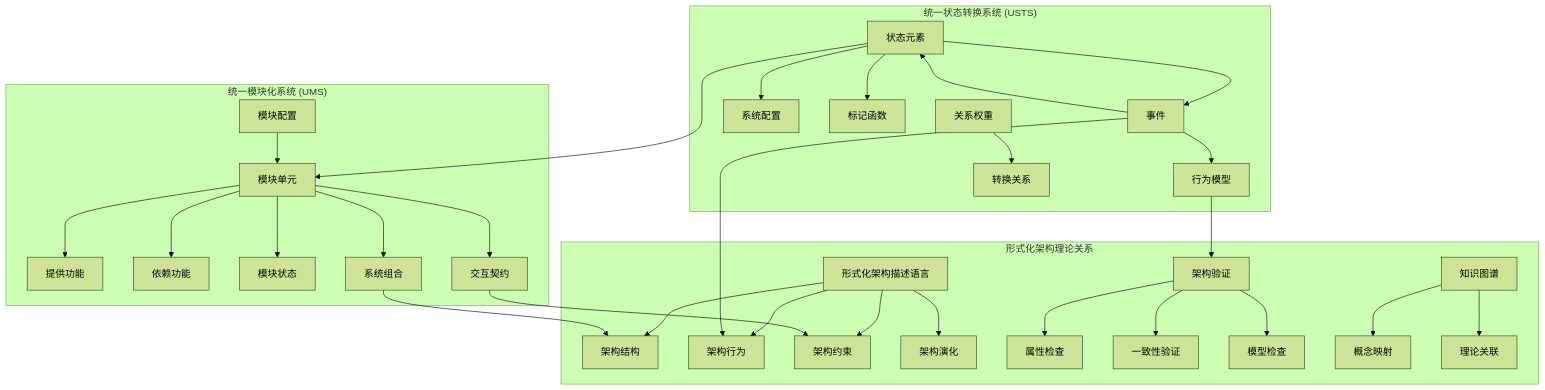
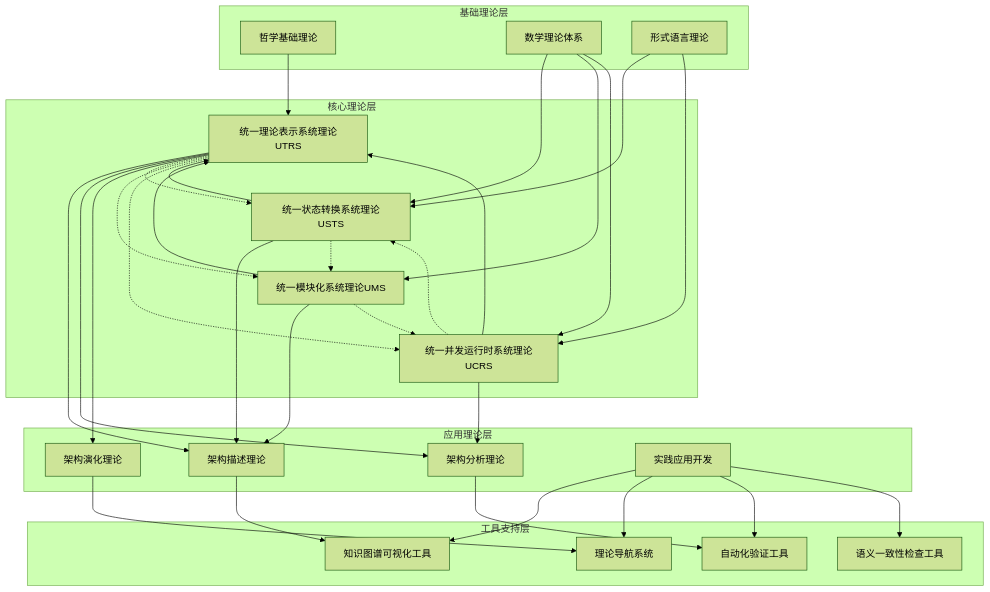
One commit to AdaMartin18010/formal-architecture changed the second of 4 diagrams in Analysis/形式化架构理论导航图.md. Above: the diagram before and after it, drawn with Mermaid (forest theme). The commit also changed other lines of this file and 10 other files, not shown here.

````diff
--- a/Analysis/形式化架构理论导航图.md
+++ b/Analysis/形式化架构理论导航图.md
@@ -153,41 +230,67 @@
 ```mermaid
 graph TD
-    subgraph "统一状态转换系统 (USTS)"
-        A[状态元素] --> B[事件]
-        B --> A
-        A --> C[系统配置]
-        B --> D[行为模型]
-        A --> E[标记函数]
-        F[关系权重] --> G[转换关系]
+    subgraph "基础理论层"
+        A1[哲学基础理论]
+        A2[数学理论体系]
+        A3[形式语言理论]
     end
     
-    subgraph "统一模块化系统 (UMS)"
-        H[模块单元] --> I[提供功能]
-        H --> J[依赖功能]
-        H --> K[模块状态]
-        H --> L[交互契约]
-        M[模块配置] --> H
-        H --> N[系统组合]
+    subgraph "核心理论层"
+        B1[统一状态转换系统理论USTS]
+        B2[统一模块化系统理论UMS]
+        B3[统一并发运行时系统理论UCRS]
+        B4[统一理论表示系统理论UTRS]
     end
     
-    subgraph "形式化架构理论关系"
-        O[形式化架构描述语言] --> P[架构结构]
-        O --> Q[架构行为]
-        O --> R[架构约束]
-        O --> S[架构演化]
-        
-        T[架构验证] --> U[属性检查]
-        T --> V[一致性验证]
-        T --> W[模型检查]
-        
-        X[知识图谱] --> Y[概念映射]
-        X --> Z[理论关联]
+    subgraph "应用理论层"
+        C1[架构描述理论]
+        C2[架构分析理论]
+        C3[架构演化理论]
+        C4[实践应用开发]
     end
     
-    %% 跨系统关系
-    A --> H
-    B --> Q
-    L --> R
-    N --> P
-    D --> T
+    subgraph "工具支持层"
+        D1[知识图谱可视化工具]
+        D2[理论导航系统]
+        D3[自动化验证工具]
+        D4[语义一致性检查工具]
+    end
+    
+    %% 基础理论到核心理论的映射
+    A1 --> B4
+    A2 --> B1
+    A2 --> B2
+    A2 --> B3
+    A3 --> B1
+    A3 --> B3
+    
+    %% 核心理论之间的关系
+    B1 --> B4
+    B2 --> B4
+    B3 --> B4
+    
+    %% 核心理论到应用理论的映射
+    B1 --> C1
+    B2 --> C1
+    B3 --> C2
+    B4 --> C1
+    B4 --> C2
+    B4 --> C3
+    
+    %% 应用理论到工具支持的映射
+    C1 --> D1
+    C2 --> D3
+    C3 --> D2
+    C4 --> D1
+    C4 --> D2
+    C4 --> D3
+    C4 --> D4
+    
+    %% 统一理论之间的协同关系
+    B1 -.-> B2
+    B2 -.-> B3
+    B3 -.-> B1
+    B4 -.-> B1
+    B4 -.-> B2
+    B4 -.-> B3
 ```
````
